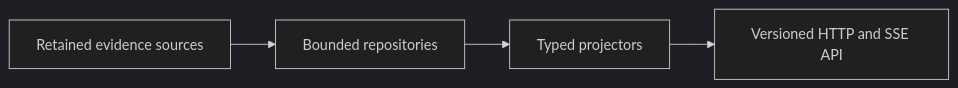
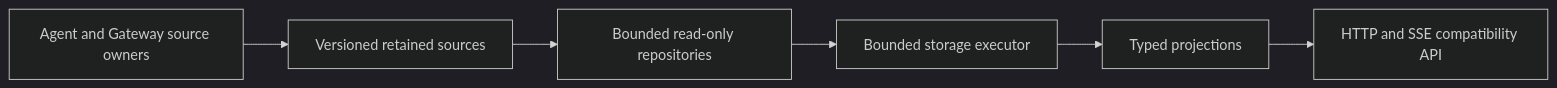
Before and after one commit to IbnouT/claude-code-camp-2026-Q2: the diagram in week2_capable/observatory_v3/backend/README.md, drawn with Mermaid (dark theme). The commit also changed other lines of this file and 82 other files, not shown here.

````diff
--- a/week2_capable/observatory_v3/backend/README.md
+++ b/week2_capable/observatory_v3/backend/README.md
@@ -5,6 +5,8 @@
 ```mermaid
 flowchart LR
-    Sources["Retained evidence sources"] --> Repositories["Bounded repositories"]
-    Repositories --> Projectors["Typed projectors"]
-    Projectors --> API["Versioned HTTP and SSE API"]
+    Owners["Agent and Gateway source owners"] --> Sources["Versioned retained sources"]
+    Sources --> Repositories["Bounded read-only repositories"]
+    Repositories --> Workers["Bounded storage executor"]
+    Workers --> Projectors["Typed projections"]
+    Projectors --> API["HTTP and SSE compatibility API"]
 ```
````
